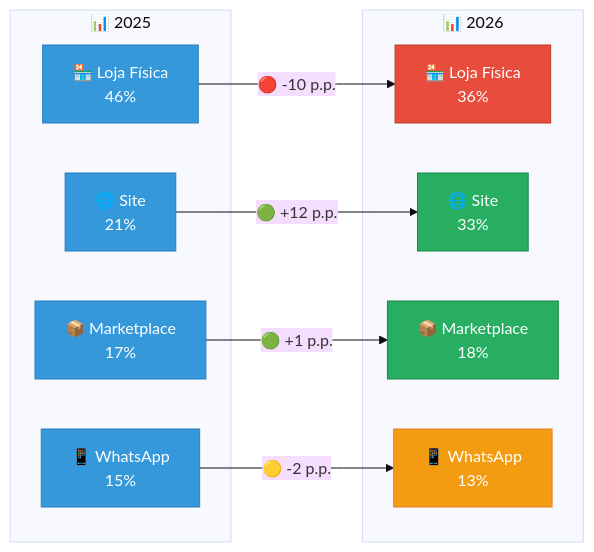
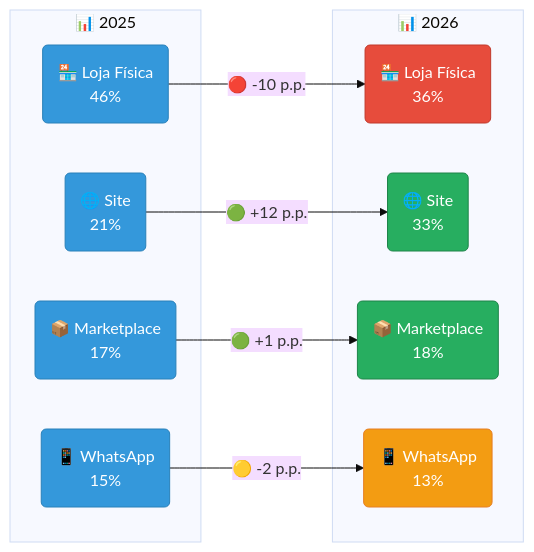
One commit to Igor-Scalzer010/Sales-Analytics changed the fourth of 5 diagrams in docs/banco-de-dados.md. Above: the diagram before and after it, drawn with Mermaid (base theme). The commit also changed other lines of this file, not shown here.

Commit message:
Ajustando a formatação dos diagramas no documento de banco de dados: alterando a sintaxe para melhorar a legibilidade e adicionando configurações de tema para os gráficos.

````diff
--- a/docs/banco-de-dados.md
+++ b/docs/banco-de-dados.md
@@ -380,30 +382,30 @@
 ```mermaid
 flowchart LR
     subgraph "📊 2025"
-        LF1["🏪 Loja Física<br/>46%"]
-        S1["🌐 Site<br/>21%"]
-        M1["📦 Marketplace<br/>17%"]
-        W1["📱 WhatsApp<br/>15%"]
+        LF1("🏪 Loja Física<br/> 46%")
+        S1("🌐 Site<br/> 21%")
+        M1("📦 Marketplace<br/> 17%")
+        W1("📱 WhatsApp<br/> 15%")
     end
 
     subgraph "📊 2026"
-        LF2["🏪 Loja Física<br/>36%"]
-        S2["🌐 Site<br/>33%"]
-        M2["📦 Marketplace<br/>18%"]
-        W2["📱 WhatsApp<br/>13%"]
+        LF2("🏪 Loja Física<br/> 36%")
+        S2("🌐 Site<br/> 33%")
+        M2("📦 Marketplace<br/> 18%")
+        W2("📱 WhatsApp<br/> 13%")
     end
 
     LF1 -->|"🔴 -10 p.p."| LF2
     S1 -->|"🟢 +12 p.p."| S2
     M1 -->|"🟢 +1 p.p."| M2
     W1 -->|"🟡 -2 p.p."| W2
 
     style LF1 fill:#3498db,stroke:#2980b9,color:#fff
     style S1 fill:#3498db,stroke:#2980b9,color:#fff
     style M1 fill:#3498db,stroke:#2980b9,color:#fff
     style W1 fill:#3498db,stroke:#2980b9,color:#fff
     style LF2 fill:#e74c3c,stroke:#c0392b,color:#fff
     style S2 fill:#27ae60,stroke:#1e8449,color:#fff
     style M2 fill:#27ae60,stroke:#1e8449,color:#fff
     style W2 fill:#f39c12,stroke:#e67e22,color:#fff
 ```
````
